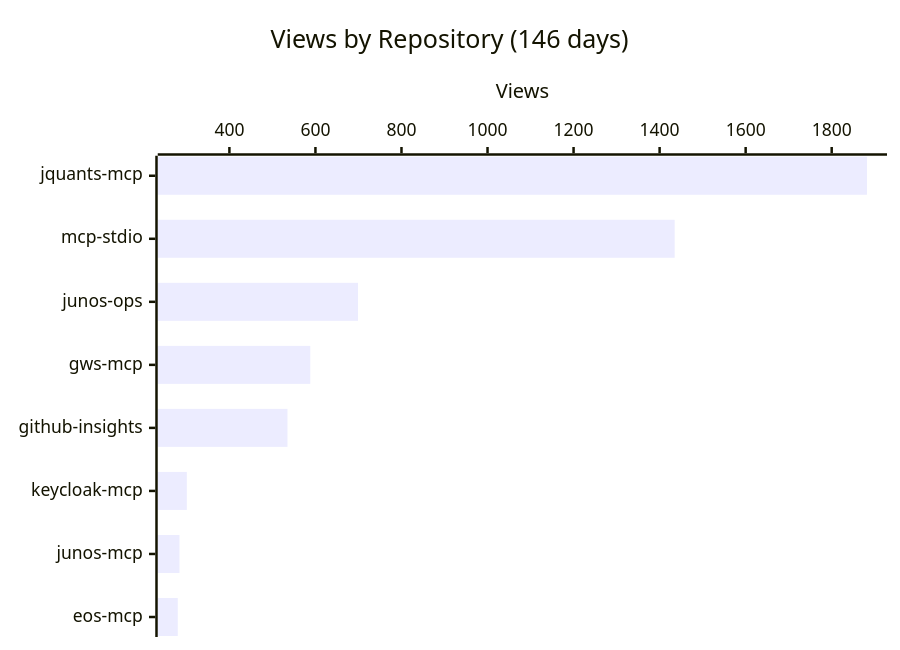
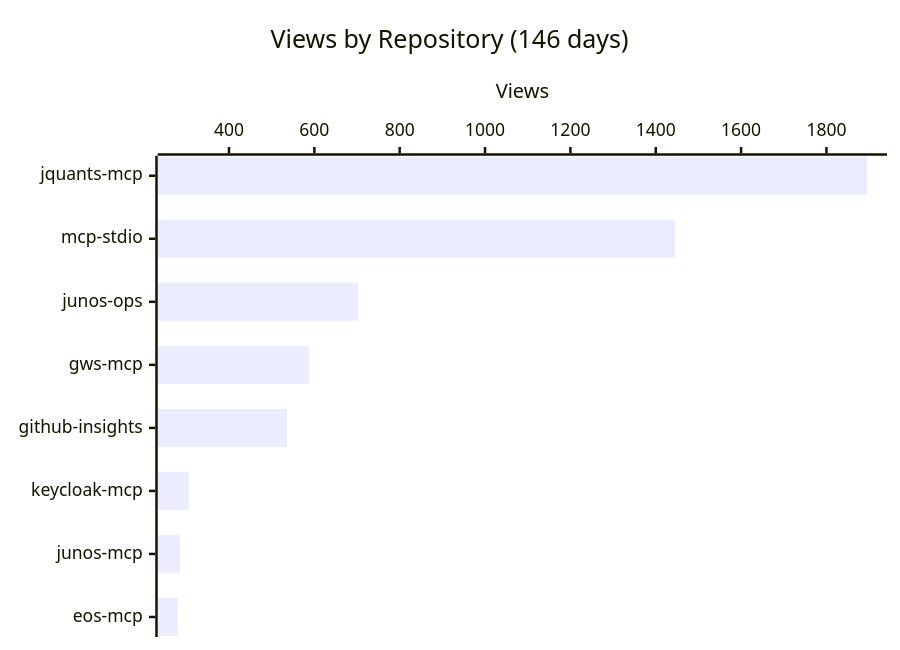
Before and after one commit to shigechika/github-insights: the first of 4 diagrams in README.md, drawn with Mermaid. The commit also changed other lines of this file and 2 other files, not shown here.

````diff
--- a/README.md
+++ b/README.md
@@ -18,7 +18,7 @@
 ```mermaid
 xychart-beta horizontal
     title "Views by Repository (146 days)"
     x-axis ["jquants-mcp", "mcp-stdio", "junos-ops", "gws-mcp", "github-insights", "keycloak-mcp", "junos-mcp", "eos-mcp"]
     y-axis "Views"
-    bar [1882, 1435, 699, 588, 535, 301, 284, 280]
+    bar [1895, 1445, 703, 588, 536, 306, 285, 280]
 ```
````
